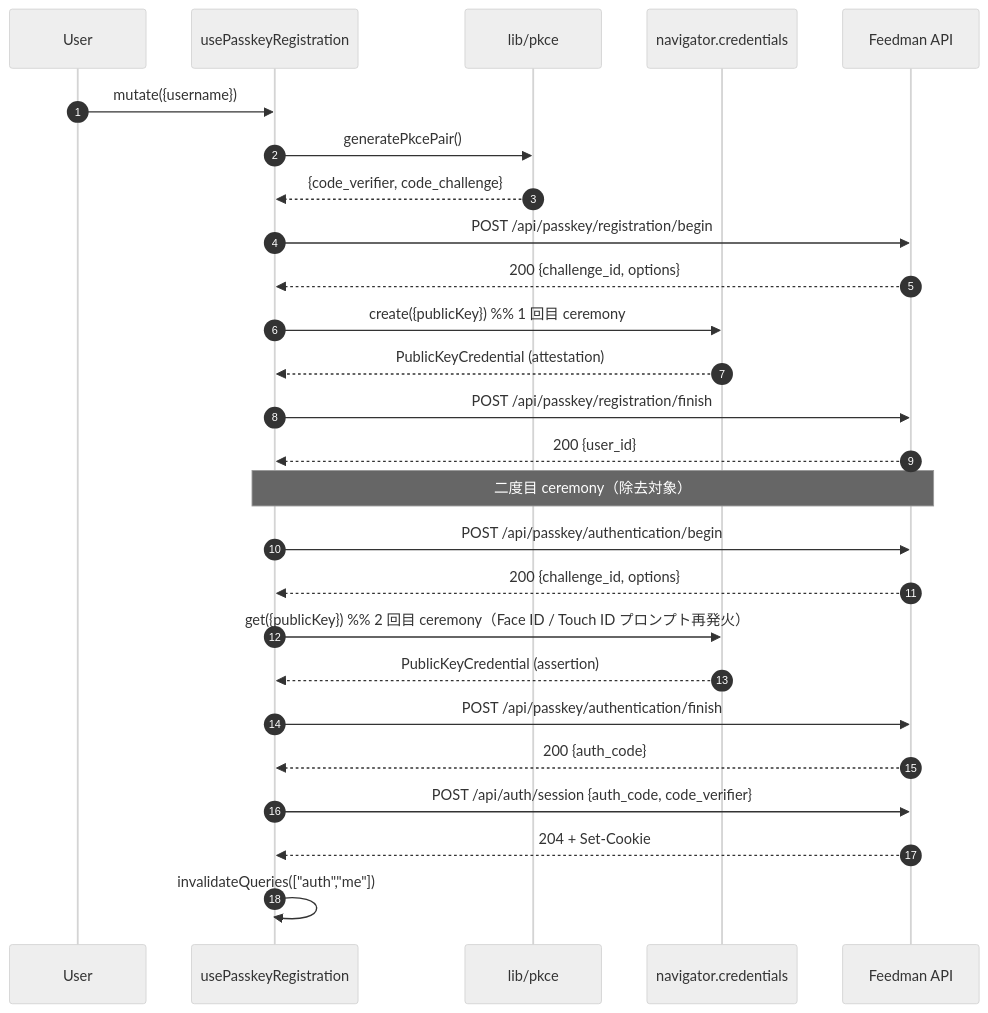
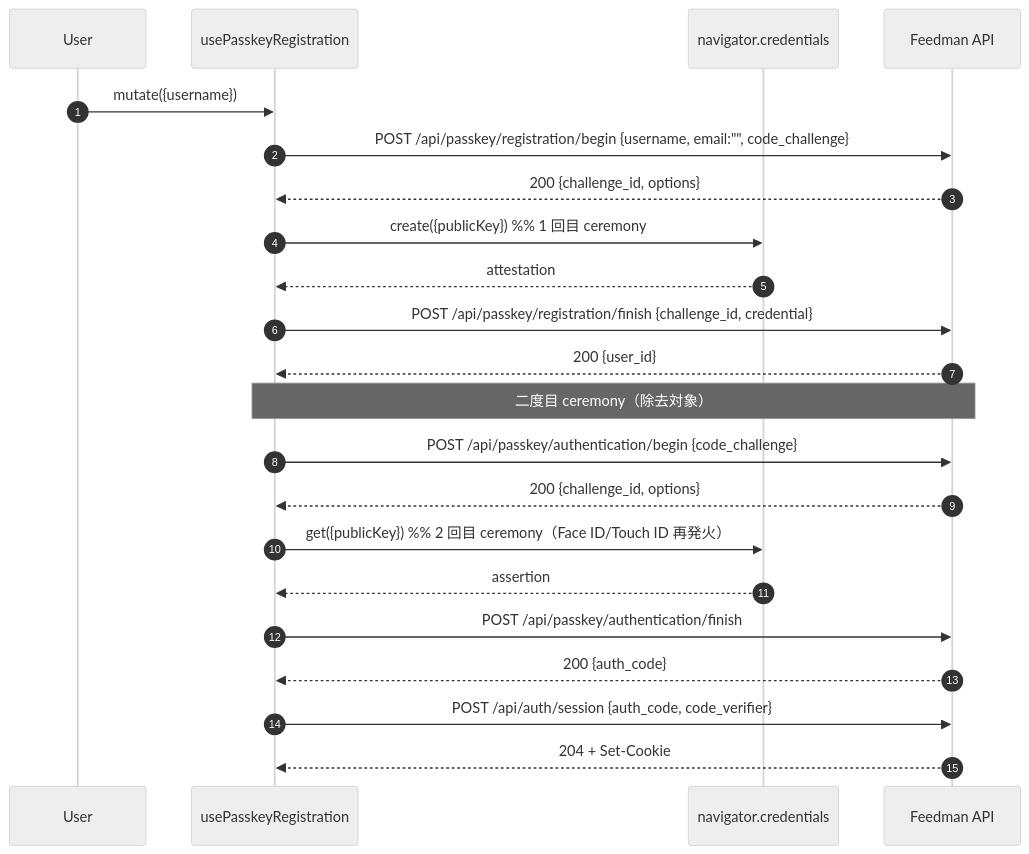
One commit to hitoshiichikawa/feedman changed the second of 4 diagrams in docs/specs/231-design-web-auth/design.md. Above: the diagram before and after it, drawn with Mermaid (neutral theme). The commit also changed other lines of this file and 2 other files, not shown here.

````diff
--- a/docs/specs/231-design-web-auth/design.md
+++ b/docs/specs/231-design-web-auth/design.md
@@ -372,29 +325,24 @@
 ```mermaid
 sequenceDiagram
     autonumber
     participant U as User
     participant HR as usePasskeyRegistration
-    participant PK as lib/pkce
     participant NC as navigator.credentials
     participant SVR as Feedman API
-
     U->>HR: mutate({username})
-    HR->>PK: generatePkcePair()
-    PK-->>HR: {code_verifier, code_challenge}
-    HR->>SVR: POST /api/passkey/registration/begin
+    HR->>SVR: POST /api/passkey/registration/begin {username, email:"", code_challenge}
     SVR-->>HR: 200 {challenge_id, options}
     HR->>NC: create({publicKey})  %% 1 回目 ceremony
-    NC-->>HR: PublicKeyCredential (attestation)
-    HR->>SVR: POST /api/passkey/registration/finish
+    NC-->>HR: attestation
+    HR->>SVR: POST /api/passkey/registration/finish {challenge_id, credential}
     SVR-->>HR: 200 {user_id}
     Note over HR,SVR: 二度目 ceremony（除去対象）
-    HR->>SVR: POST /api/passkey/authentication/begin
+    HR->>SVR: POST /api/passkey/authentication/begin {code_challenge}
     SVR-->>HR: 200 {challenge_id, options}
-    HR->>NC: get({publicKey})  %% 2 回目 ceremony（Face ID / Touch ID プロンプト再発火）
-    NC-->>HR: PublicKeyCredential (assertion)
+    HR->>NC: get({publicKey})  %% 2 回目 ceremony（Face ID/Touch ID 再発火）
+    NC-->>HR: assertion
     HR->>SVR: POST /api/passkey/authentication/finish
     SVR-->>HR: 200 {auth_code}
     HR->>SVR: POST /api/auth/session {auth_code, code_verifier}
     SVR-->>HR: 204 + Set-Cookie
-    HR->>HR: invalidateQueries(["auth","me"])
 ```
````
